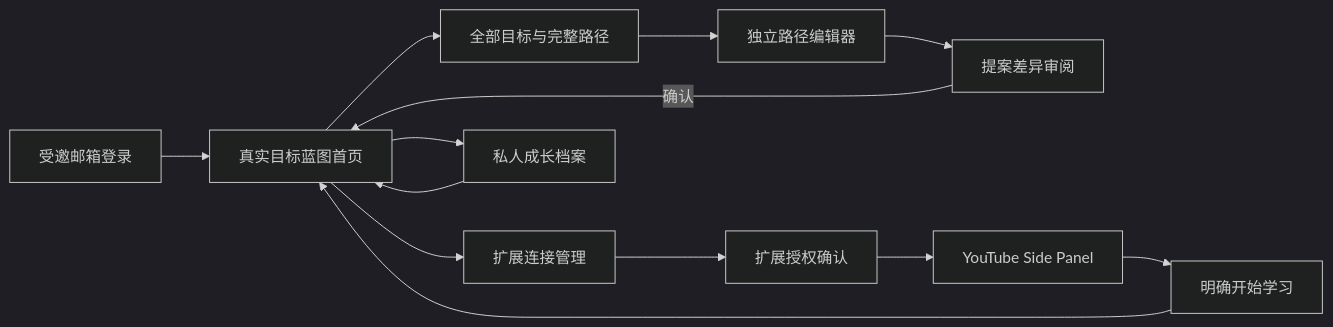
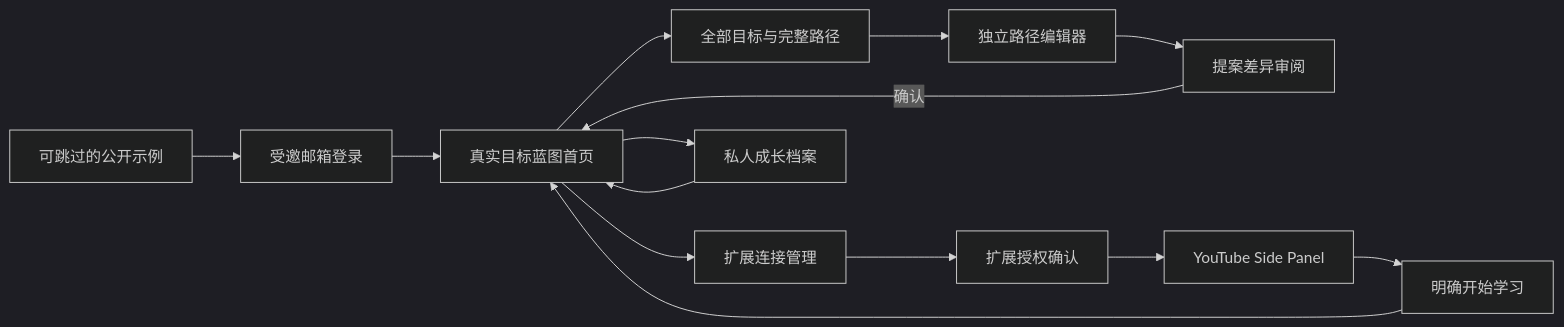
Before and after one commit to Wjiajie/youtube-digest: the diagram in docs/ui-ux-design.md, drawn with Mermaid (dark theme). The commit also changed other lines of this file and 17 other files, not shown here.

````diff
--- a/docs/ui-ux-design.md
+++ b/docs/ui-ux-design.md
@@ -11,15 +11,16 @@
 ```mermaid
 flowchart LR
-  Login[受邀邮箱登录] --> Web[真实目标蓝图首页]
+  Example[可跳过的公开示例] --> Login[受邀邮箱登录]
+  Login --> Web[真实目标蓝图首页]
   Web --> Paths[全部目标与完整路径]
   Paths --> Editor[独立路径编辑器]
   Editor --> Review[提案差异审阅]
   Review -->|确认| Web
   Web --> Connections[扩展连接管理]
   Web --> Journal[私人成长档案]
   Journal --> Web
   Connections --> Consent[扩展授权确认]
   Consent --> Panel[YouTube Side Panel]
   Panel --> Session[明确开始学习]
   Session --> Web
 ```
````
